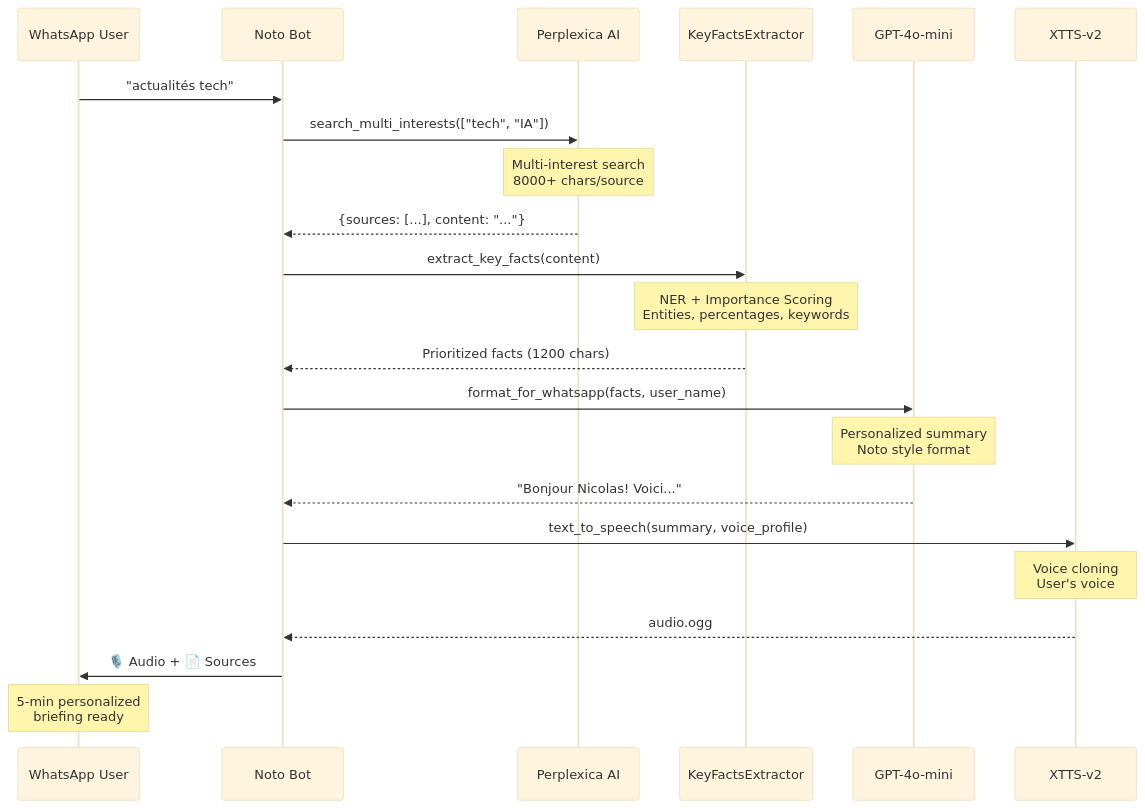
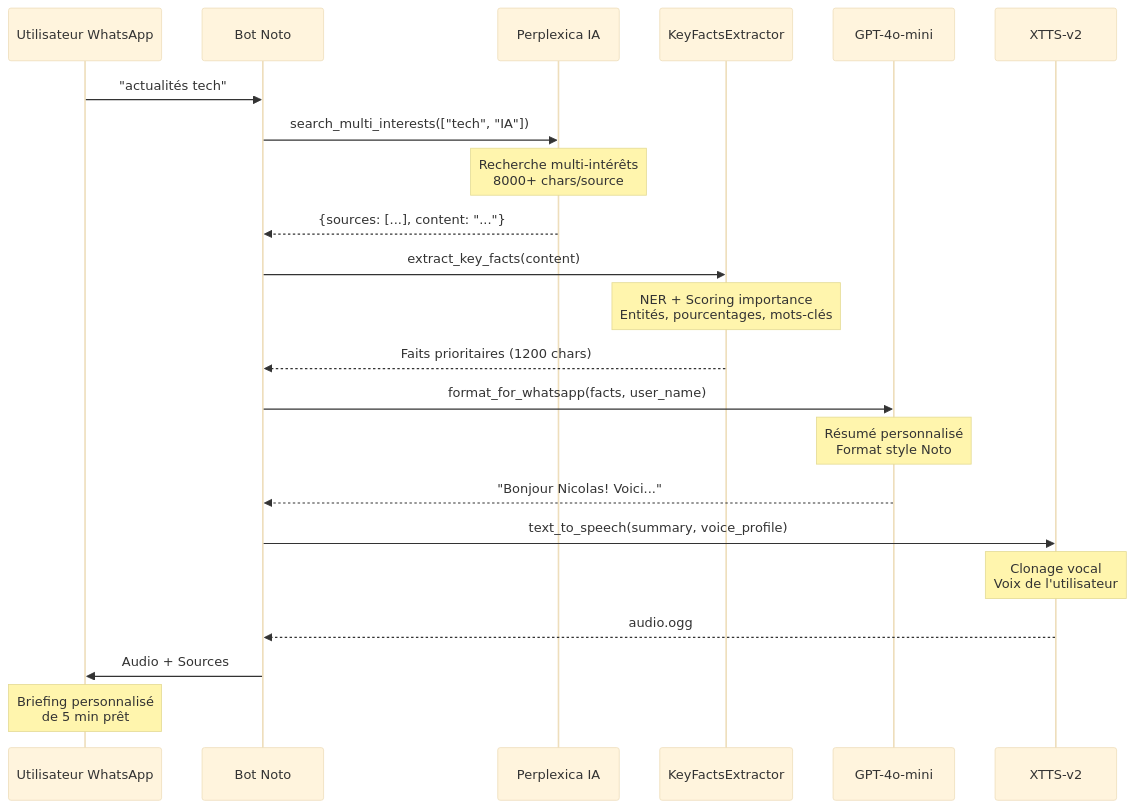
Before and after one commit to Aguern/Noto: the second of 2 diagrams in README.md, drawn with Mermaid (base theme). The commit also changed other lines of this file, not shown here.

````diff
--- a/README.md
+++ b/README.md
@@ -101,29 +100,29 @@
 ```mermaid
 sequenceDiagram
-    participant User as WhatsApp User
-    participant Bot as Noto Bot
-    participant Perp as Perplexica AI
+    participant User as Utilisateur WhatsApp
+    participant Bot as Bot Noto
+    participant Perp as Perplexica IA
     participant NER as KeyFactsExtractor
     participant LLM as GPT-4o-mini
     participant TTS as XTTS-v2
 
     User->>Bot: "actualités tech"
     Bot->>Perp: search_multi_interests(["tech", "IA"])
-    Note over Perp: Multi-interest search<br/>8000+ chars/source
+    Note over Perp: Recherche multi-intérêts<br/>8000+ chars/source
     Perp-->>Bot: {sources: [...], content: "..."}
 
     Bot->>NER: extract_key_facts(content)
-    Note over NER: NER + Importance Scoring<br/>Entities, percentages, keywords
-    NER-->>Bot: Prioritized facts (1200 chars)
+    Note over NER: NER + Scoring importance<br/>Entités, pourcentages, mots-clés
+    NER-->>Bot: Faits prioritaires (1200 chars)
 
     Bot->>LLM: format_for_whatsapp(facts, user_name)
-    Note over LLM: Personalized summary<br/>Noto style format
+    Note over LLM: Résumé personnalisé<br/>Format style Noto
     LLM-->>Bot: "Bonjour Nicolas! Voici..."
 
     Bot->>TTS: text_to_speech(summary, voice_profile)
-    Note over TTS: Voice cloning<br/>User's voice
+    Note over TTS: Clonage vocal<br/>Voix de l'utilisateur
     TTS-->>Bot: audio.ogg
 
-    Bot->>User: 🎙️ Audio + 📄 Sources
-    Note over User: 5-min personalized<br/>briefing ready
+    Bot->>User: Audio + Sources
+    Note over User: Briefing personnalisé<br/>de 5 min prêt
 ```
````
